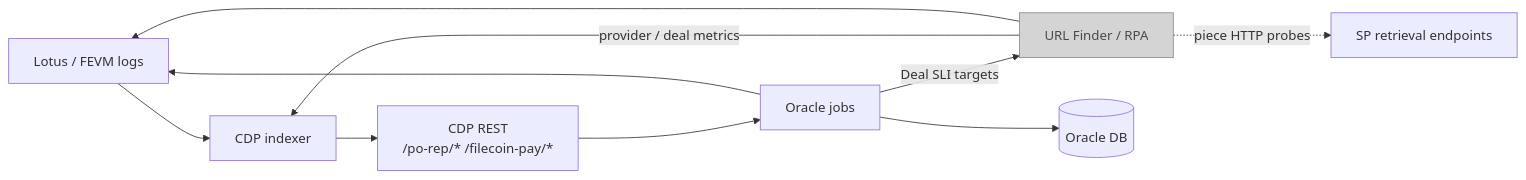
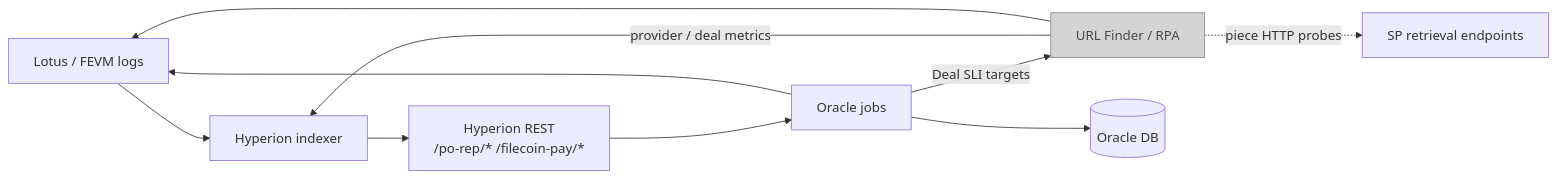
The tenth of 12 diagrams in ARCHITECTURE.md (fidlabs/FCSS-devnet), drawn with Mermaid before and after one commit. The commit also changed other lines of this file and 34 other files, not shown here.

First line of the commit message:
Replace CDP with Hyperion as the local PoRep indexer.

````diff
--- a/ARCHITECTURE.md
+++ b/ARCHITECTURE.md
@@ -579,15 +579,15 @@
 ```mermaid
 flowchart LR
-  Chain["Lotus / FEVM logs"] --> CDP["CDP indexer"]
-  CDP --> API["CDP REST<br/>/po-rep/* /filecoin-pay/*"]
+  Chain["Lotus / FEVM logs"] --> Hyperion["Hyperion indexer"]
+  Hyperion --> API["Hyperion REST<br/>/po-rep/* /filecoin-pay/*"]
   API --> Oracle["Oracle jobs"]
   Oracle -->|Deal SLI targets| UF["URL Finder / RPA"]
-  UF -->|provider / deal metrics| CDP
+  UF -->|provider / deal metrics| Hyperion
   UF --> Chain
   UF -.->|piece HTTP probes| SP["SP retrieval endpoints"]
   Oracle --> Chain
   Oracle --> DB[(Oracle DB)]
 
   classDef external fill:#d4d4d4,stroke:#8a8a8a,color:#4a4a4a
   class UF external
 ```
````
